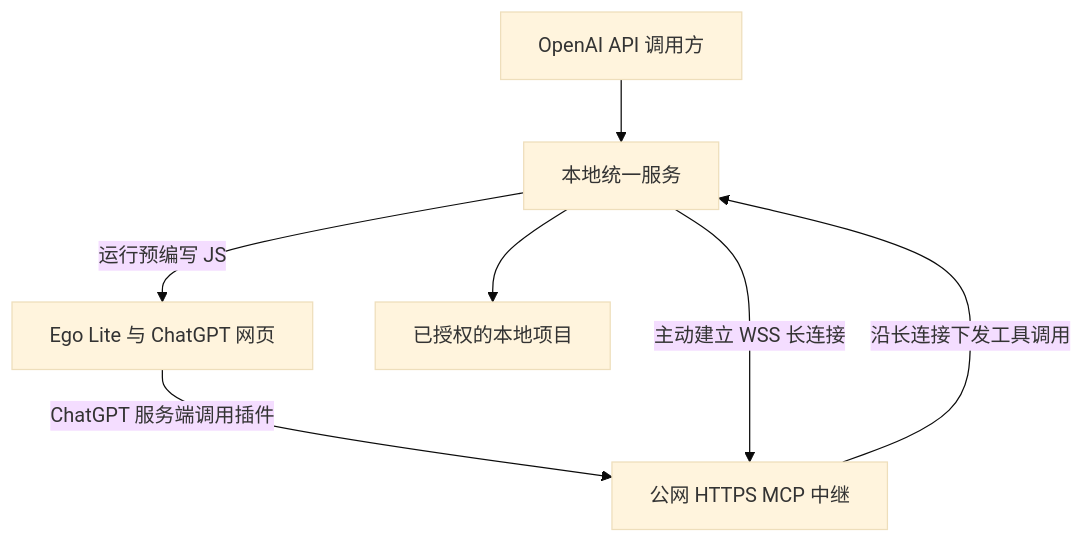
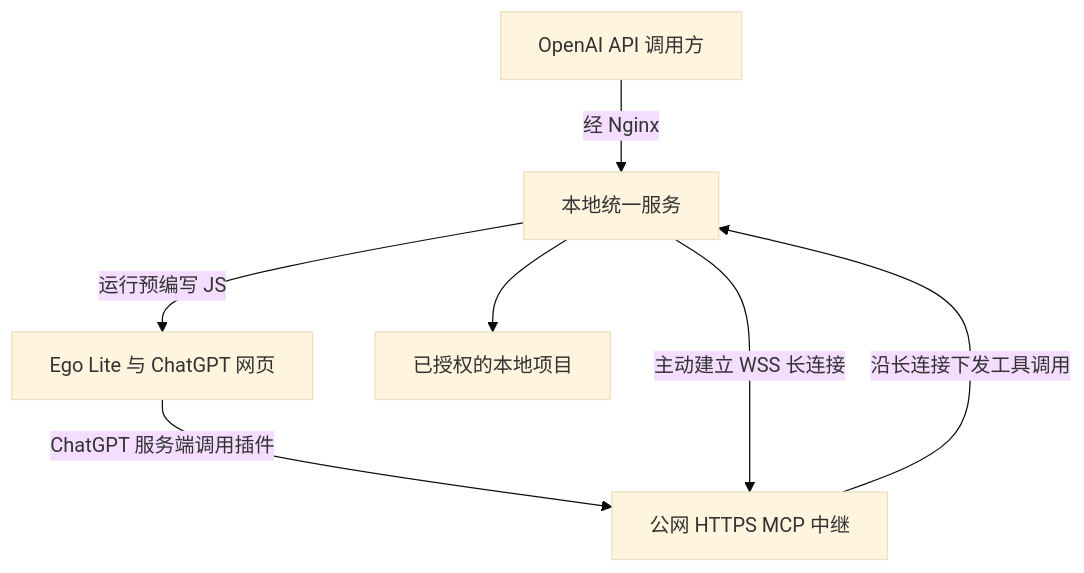
One commit to kk2land/gptweb2api changed the first of 2 diagrams in agents/implementation-plan.md. Above: the diagram before and after it, drawn with Mermaid (base theme). The commit also changed other lines of this file and 4 other files, not shown here.

````diff
--- a/agents/implementation-plan.md
+++ b/agents/implementation-plan.md
@@ -52,9 +53,9 @@
 ```mermaid
 flowchart TD
-    C["OpenAI API 调用方"] --> L["本地统一服务"]
+    C["OpenAI API 调用方"] -->|"经 Nginx"| L["本地统一服务"]
     L -->|"运行预编写 JS"| E["Ego Lite 与 ChatGPT 网页"]
     E -->|"ChatGPT 服务端调用插件"| R["公网 HTTPS MCP 中继"]
     L -->|"主动建立 WSS 长连接"| R
     R -->|"沿长连接下发工具调用"| L
     L --> W["已授权的本地项目"]
 ```
````
